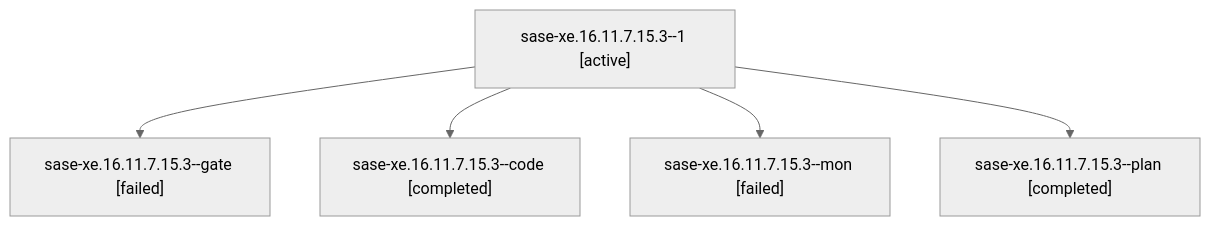
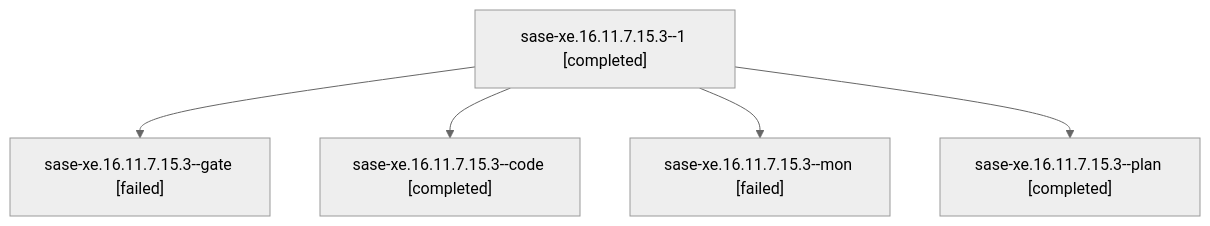
The diagram in families/bbugyi200.apollo.sase-xe.16.11.7.15.3.md (sase-org/sase--agents), drawn with Mermaid (neutral theme) before and after one commit. The commit also changed other lines of this file and 33 other files, not shown here.

````diff
--- a/families/bbugyi200.apollo.sase-xe.16.11.7.15.3.md
+++ b/families/bbugyi200.apollo.sase-xe.16.11.7.15.3.md
@@ -9,12 +9,12 @@
 ```mermaid
 flowchart TD
-  n0["sase-xe.16.11.7.15.3--1 [active]"]
+  n0["sase-xe.16.11.7.15.3--1 [completed]"]
   n1["sase-xe.16.11.7.15.3--gate [failed]"]
   n0 --> n1
   n2["sase-xe.16.11.7.15.3--code [completed]"]
   n0 --> n2
   n3["sase-xe.16.11.7.15.3--mon [failed]"]
   n0 --> n3
   n4["sase-xe.16.11.7.15.3--plan [completed]"]
   n0 --> n4
 ```
````
